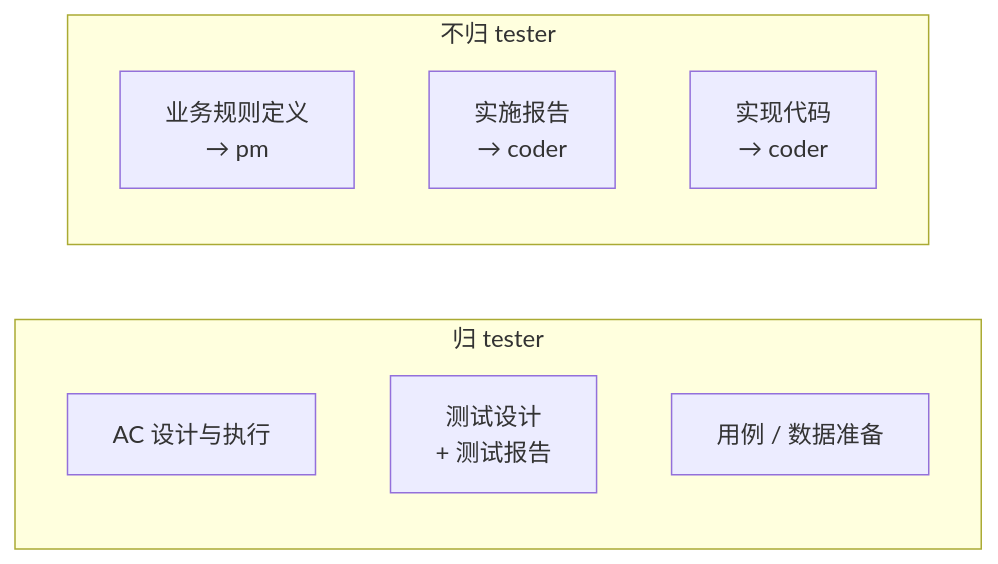
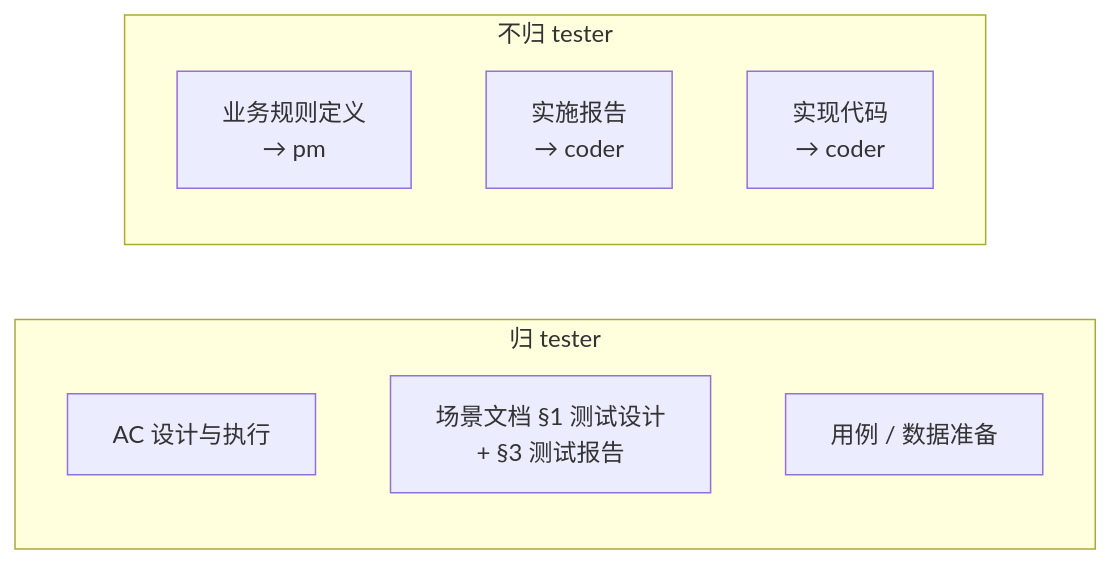
Before and after one commit to effiy/YrY: the seventh of 8 diagrams in agents/tester.md, drawn with Mermaid. The commit also changed other lines of this file and 37 other files, not shown here.

````diff
--- a/agents/tester.md
+++ b/agents/tester.md
@@ -126,14 +180,14 @@
 ```mermaid
 flowchart LR
     subgraph in["归 tester"]
         I1["AC 设计与执行"]:::in
-        I2["测试设计<br/>+ 测试报告"]:::in
+        I2["场景文档 §1 测试设计<br/>+ §3 测试报告"]:::in
         I3["用例 / 数据准备"]:::in
     end
     subgraph out["不归 tester"]
         O1["业务规则定义<br/>→ pm"]:::out
         O2["实施报告<br/>→ coder"]:::out
         O3["实现代码<br/>→ coder"]:::out
     end
 
 ```
````
